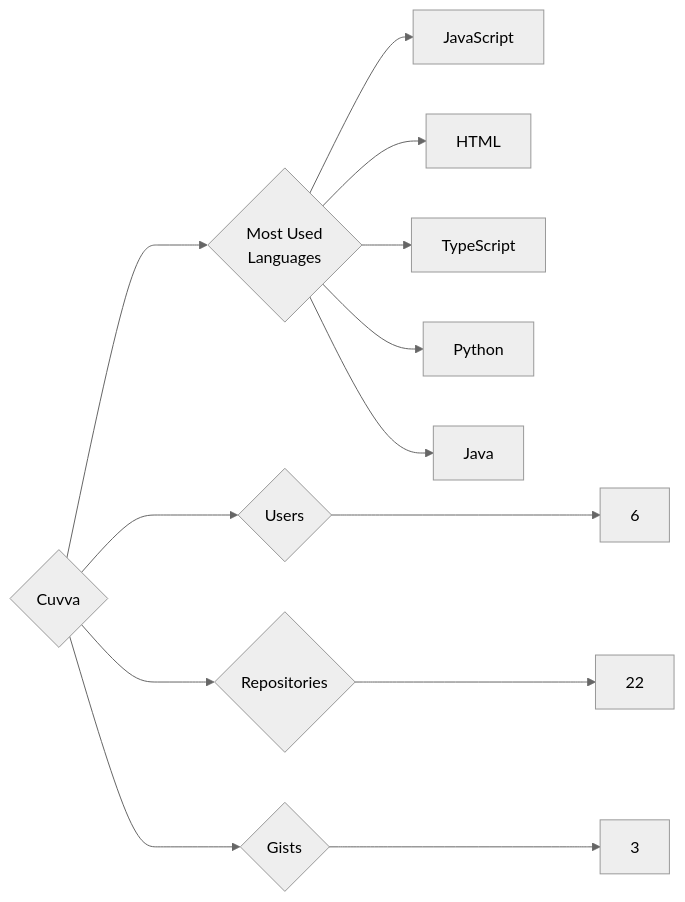
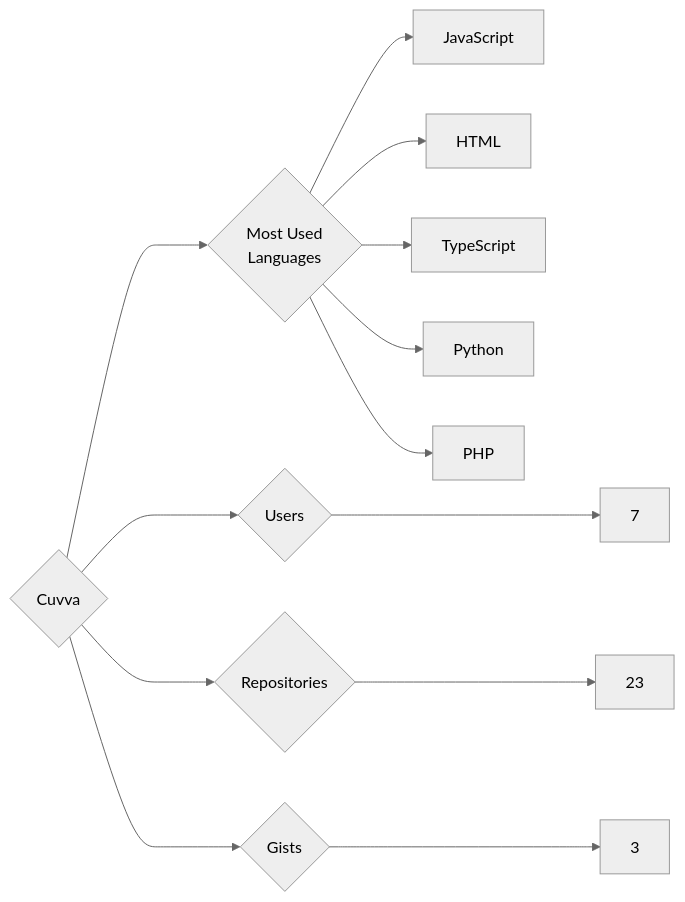
The diagram in targets/Cuvva/README.md (trickest/insiders), drawn with Mermaid (neutral theme) before and after one commit. The commit also changed 1084 other files, not shown here.

````diff
--- a/targets/Cuvva/README.md
+++ b/targets/Cuvva/README.md
@@ -3,13 +3,13 @@
 ```mermaid
 graph LR
 COMPANY_NAME{Cuvva}
-COMPANY_NAME ---> U{Users} ---> UN[6]
-COMPANY_NAME ---> R{Repositories} ---> RN[22]
+COMPANY_NAME ---> U{Users} ---> UN[7]
+COMPANY_NAME ---> R{Repositories} ---> RN[23]
 COMPANY_NAME ---> G{Gists} ---> GN[3]
 COMPANY_NAME ---> ML{Most Used<br>Languages}
 ML --> JavaScript[JavaScript]
 ML --> HTML[HTML]
 ML --> TypeScript[TypeScript]
 ML --> Python[Python]
-ML --> Java[Java]
+ML --> PHP[PHP]
 ```
````
